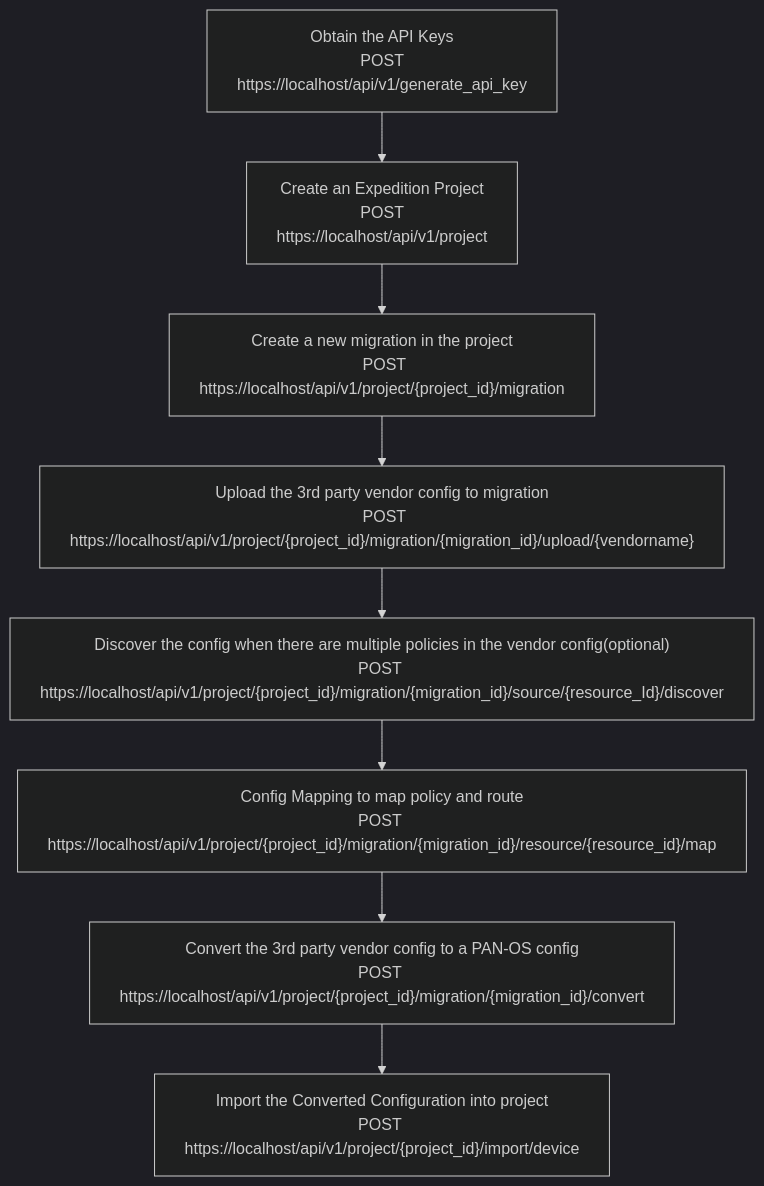
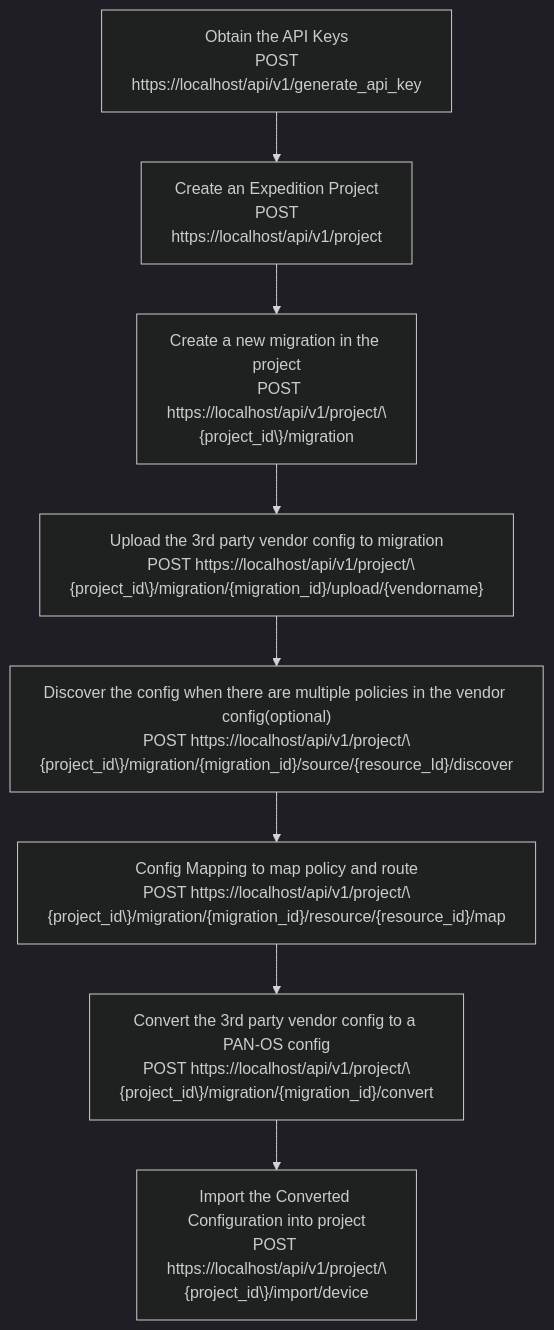
The diagram in products/expedition/docs/expedition_workflow_migration.md (PaloAltoNetworks/pan.dev), drawn with Mermaid (dark theme) before and after one commit. The commit also changed other lines of this file and 63 other files, not shown here.

````diff
--- a/products/expedition/docs/expedition_workflow_migration.md
+++ b/products/expedition/docs/expedition_workflow_migration.md
@@ -37,11 +37,11 @@
 ```mermaid
 flowchart TB
     A[Obtain the API Keys<br/> POST https://localhost/api/v1/generate_api_key ] --> B[Create an Expedition Project<br/> POST https://localhost/api/v1/project]
-    B[Create an Expedition Project<br/> POST https://localhost/api/v1/project] --> C["Create a new migration in the project<br/>  POST https://localhost/api/v1/project/{project_id}/migration"]
-    C["Create a new migration in the project<br/>  POST https://localhost/api/v1/project/{project_id}/migration"] --> D["Upload the 3rd party vendor config to migration<br/>  POST https://localhost/api/v1/project/{project_id}/migration/{migration_id}/upload/{vendorname}"]
-    D["Upload the 3rd party vendor config to migration<br/>  POST https://localhost/api/v1/project/{project_id}/migration/{migration_id}/upload/{vendorname}"] --> E["Discover the config when there are multiple policies in the vendor config(optional)<br/>POST https://localhost/api/v1/project/{project_id}/migration/{migration_id}/source/{resource_Id}/discover"]
-    E["Discover the config when there are multiple policies in the vendor config(optional)<br/>POST https://localhost/api/v1/project/{project_id}/migration/{migration_id}/source/{resource_Id}/discover"]--> F["Config Mapping to map policy and route<br/>POST https://localhost/api/v1/project/{project_id}/migration/{migration_id}/resource/{resource_id}/map"]
-    F["Config Mapping to map policy and route<br/>POST https://localhost/api/v1/project/{project_id}/migration/{migration_id}/resource/{resource_id}/map"]--> G["Convert the 3rd party vendor config to a PAN-OS config<br/>POST https://localhost/api/v1/project/{project_id}/migration/{migration_id}/convert"]
-    G["Convert the 3rd party vendor config to a PAN-OS config<br/>POST https://localhost/api/v1/project/{project_id}/migration/{migration_id}/convert"] --> H["Import the Converted Configuration into project<br/>POST https://localhost/api/v1/project/{project_id}/import/device"]
+    B[Create an Expedition Project<br/> POST https://localhost/api/v1/project] --> C["Create a new migration in the project<br/>  POST https://localhost/api/v1/project/\{project_id\}/migration"]
+    C["Create a new migration in the project<br/>  POST https://localhost/api/v1/project/\{project_id\}/migration"] --> D["Upload the 3rd party vendor config to migration<br/>  POST https://localhost/api/v1/project/\{project_id\}/migration/{migration_id}/upload/{vendorname}"]
+    D["Upload the 3rd party vendor config to migration<br/>  POST https://localhost/api/v1/project/\{project_id\}/migration/{migration_id}/upload/{vendorname}"] --> E["Discover the config when there are multiple policies in the vendor config(optional)<br/>POST https://localhost/api/v1/project/\{project_id\}/migration/{migration_id}/source/{resource_Id}/discover"]
+    E["Discover the config when there are multiple policies in the vendor config(optional)<br/>POST https://localhost/api/v1/project/\{project_id\}/migration/{migration_id}/source/{resource_Id}/discover"]--> F["Config Mapping to map policy and route<br/>POST https://localhost/api/v1/project/\{project_id\}/migration/{migration_id}/resource/{resource_id}/map"]
+    F["Config Mapping to map policy and route<br/>POST https://localhost/api/v1/project/\{project_id\}/migration/{migration_id}/resource/{resource_id}/map"]--> G["Convert the 3rd party vendor config to a PAN-OS config<br/>POST https://localhost/api/v1/project/\{project_id\}/migration/{migration_id}/convert"]
+    G["Convert the 3rd party vendor config to a PAN-OS config<br/>POST https://localhost/api/v1/project/\{project_id\}/migration/{migration_id}/convert"] --> H["Import the Converted Configuration into project<br/>POST https://localhost/api/v1/project/\{project_id\}/import/device"]
 
 ```  
````
